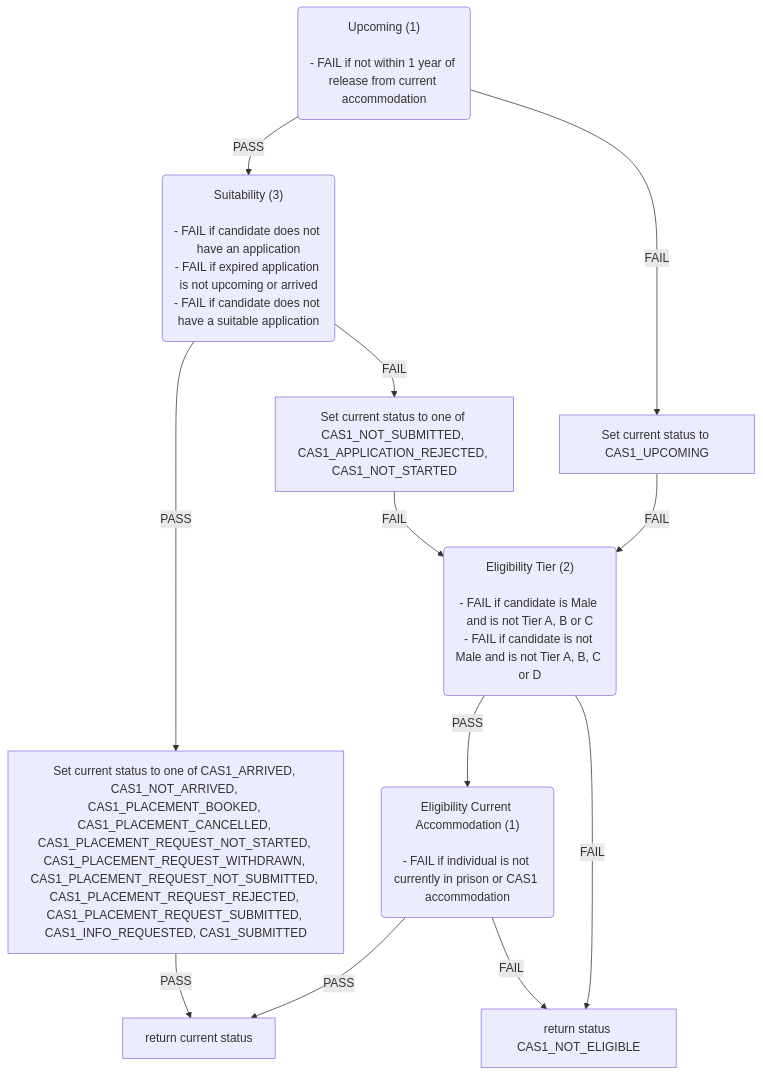
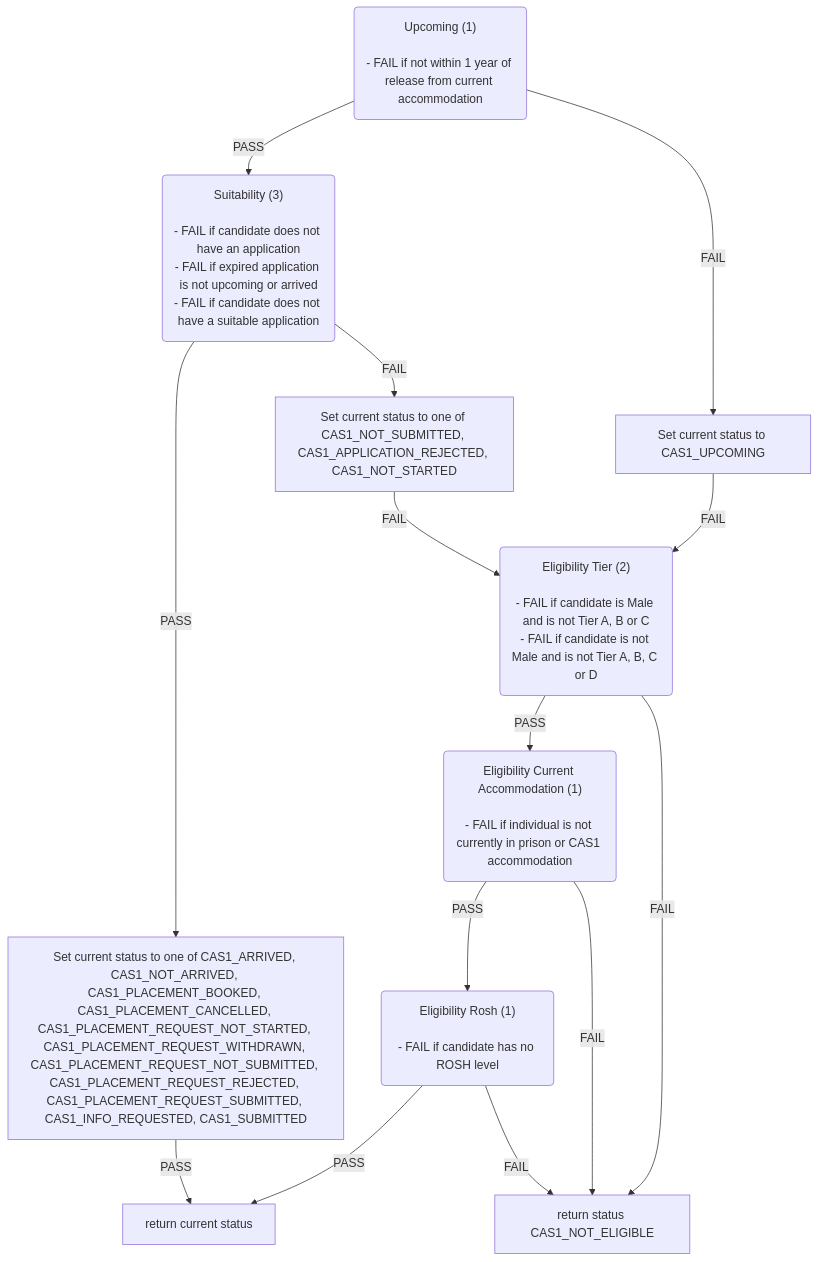
The first of 6 diagrams in docs/eligibility-rules-graph.md (ministryofjustice/hmpps-single-accommodation-service-api), drawn with Mermaid before and after one commit. The commit also changed other lines of this file and 21 other files, not shown here.

Commit message:
feature/SAS-1485-Add-ROSH-rule-placeholder-to-CAS-services

````diff
--- a/docs/eligibility-rules-graph.md
+++ b/docs/eligibility-rules-graph.md
@@ -9,34 +9,39 @@
 ```mermaid
 flowchart TD
   Upcoming("Upcoming (1)
 
 - FAIL if not within 1 year of release from current accommodation")
   Suitability("Suitability (3)
 
 - FAIL if candidate does not have an application
 - FAIL if expired application is not upcoming or arrived
 - FAIL if candidate does not have a suitable application")
   Set_current_status_to_one_of_CAS1_ARRIVED__CAS1_NOT_ARRIVED__CAS1_PLACEMENT_BOOKED__CAS1_PLACEMENT_CANCELLED__CAS1_PLACEMENT_REQUEST_NOT_STARTED__CAS1_PLACEMENT_REQUEST_WITHDRAWN__CAS1_PLACEMENT_REQUEST_NOT_SUBMITTED__CAS1_PLACEMENT_REQUEST_REJECTED__CAS1_PLACEMENT_REQUEST_SUBMITTED__CAS1_INFO_REQUESTED__CAS1_SUBMITTED["Set current status to one of CAS1_ARRIVED, CAS1_NOT_ARRIVED, CAS1_PLACEMENT_BOOKED, CAS1_PLACEMENT_CANCELLED, CAS1_PLACEMENT_REQUEST_NOT_STARTED, CAS1_PLACEMENT_REQUEST_WITHDRAWN, CAS1_PLACEMENT_REQUEST_NOT_SUBMITTED, CAS1_PLACEMENT_REQUEST_REJECTED, CAS1_PLACEMENT_REQUEST_SUBMITTED, CAS1_INFO_REQUESTED, CAS1_SUBMITTED"]
   return_current_status["return current status"]
   Set_current_status_to_one_of_CAS1_NOT_SUBMITTED__CAS1_APPLICATION_REJECTED__CAS1_NOT_STARTED["Set current status to one of CAS1_NOT_SUBMITTED, CAS1_APPLICATION_REJECTED, CAS1_NOT_STARTED"]
   Eligibility_Tier("Eligibility Tier (2)
 
 - FAIL if candidate is Male and is not Tier A, B or C
 - FAIL if candidate is not Male and is not Tier A, B, C or D")
   Eligibility_Current_Accommodation("Eligibility Current Accommodation (1)
 
 - FAIL if individual is not currently in prison or CAS1 accommodation")
+  Eligibility_Rosh("Eligibility Rosh (1)
+
+- FAIL if candidate has no ROSH level")
   return_status_CAS1_NOT_ELIGIBLE["return status CAS1_NOT_ELIGIBLE"]
   Set_current_status_to_CAS1_UPCOMING["Set current status to CAS1_UPCOMING"]
   Suitability -->|PASS| Set_current_status_to_one_of_CAS1_ARRIVED__CAS1_NOT_ARRIVED__CAS1_PLACEMENT_BOOKED__CAS1_PLACEMENT_CANCELLED__CAS1_PLACEMENT_REQUEST_NOT_STARTED__CAS1_PLACEMENT_REQUEST_WITHDRAWN__CAS1_PLACEMENT_REQUEST_NOT_SUBMITTED__CAS1_PLACEMENT_REQUEST_REJECTED__CAS1_PLACEMENT_REQUEST_SUBMITTED__CAS1_INFO_REQUESTED__CAS1_SUBMITTED
   Set_current_status_to_one_of_CAS1_ARRIVED__CAS1_NOT_ARRIVED__CAS1_PLACEMENT_BOOKED__CAS1_PLACEMENT_CANCELLED__CAS1_PLACEMENT_REQUEST_NOT_STARTED__CAS1_PLACEMENT_REQUEST_WITHDRAWN__CAS1_PLACEMENT_REQUEST_NOT_SUBMITTED__CAS1_PLACEMENT_REQUEST_REJECTED__CAS1_PLACEMENT_REQUEST_SUBMITTED__CAS1_INFO_REQUESTED__CAS1_SUBMITTED -->|PASS| return_current_status
   Suitability -->|FAIL| Set_current_status_to_one_of_CAS1_NOT_SUBMITTED__CAS1_APPLICATION_REJECTED__CAS1_NOT_STARTED
-  Eligibility_Current_Accommodation -->|PASS| return_current_status
+  Eligibility_Rosh -->|PASS| return_current_status
+  Eligibility_Rosh -->|FAIL| return_status_CAS1_NOT_ELIGIBLE
+  Eligibility_Current_Accommodation -->|PASS| Eligibility_Rosh
   Eligibility_Current_Accommodation -->|FAIL| return_status_CAS1_NOT_ELIGIBLE
   Eligibility_Tier -->|PASS| Eligibility_Current_Accommodation
   Eligibility_Tier -->|FAIL| return_status_CAS1_NOT_ELIGIBLE
   Set_current_status_to_one_of_CAS1_NOT_SUBMITTED__CAS1_APPLICATION_REJECTED__CAS1_NOT_STARTED -->|FAIL| Eligibility_Tier
   Upcoming -->|PASS| Suitability
   Upcoming -->|FAIL| Set_current_status_to_CAS1_UPCOMING
   Set_current_status_to_CAS1_UPCOMING -->|FAIL| Eligibility_Tier
 ```
````
